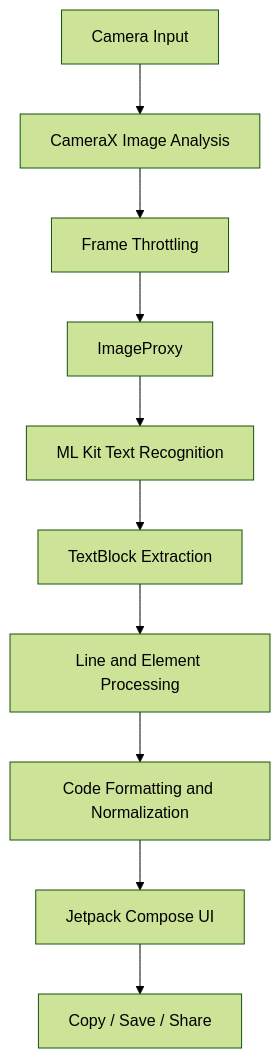
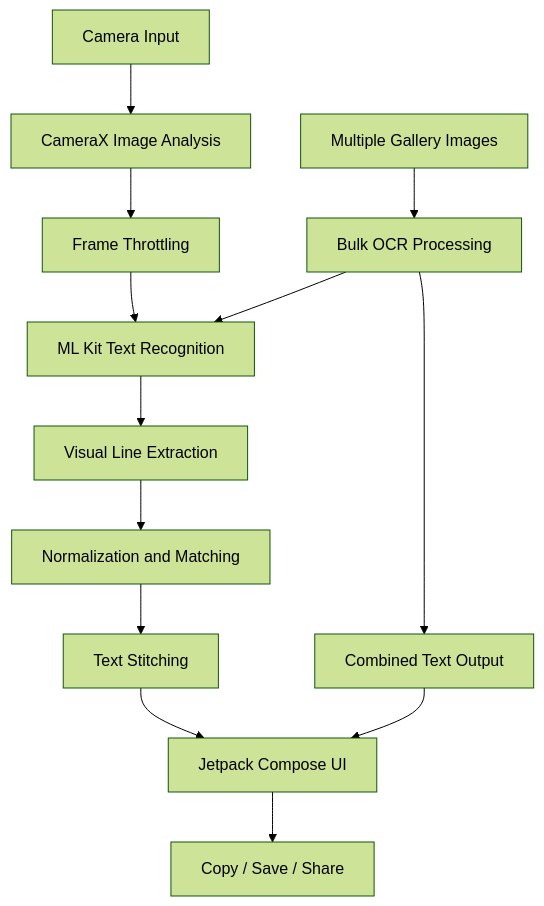
The diagram in README.md (KrupalWarale/LiveLens-A-advanced-live-OCR), drawn with Mermaid (forest theme) before and after one commit. The commit also changed other lines of this file, not shown here.

````diff
--- a/README.md
+++ b/README.md
@@ -105,12 +142,17 @@
 ```mermaid
 flowchart TD
     A[Camera Input] --> B[CameraX Image Analysis]
     B --> C[Frame Throttling]
-    C --> D[ImageProxy]
-    D --> E[ML Kit Text Recognition]
-    E --> F[TextBlock Extraction]
-    F --> G[Line and Element Processing]
-    G --> H[Code Formatting and Normalization]
-    H --> I[Jetpack Compose UI]
-    I --> J[Copy / Save / Share]
+    C --> D[ML Kit Text Recognition]
+    D --> E[Visual Line Extraction]
+    E --> F[Normalization and Matching]
+    F --> G[Text Stitching]
+    G --> H[Jetpack Compose UI]
+
+    I[Multiple Gallery Images] --> J[Bulk OCR Processing]
+    J --> D
+    J --> K[Combined Text Output]
+    K --> H
+
+    H --> L[Copy / Save / Share]
 ```
````
